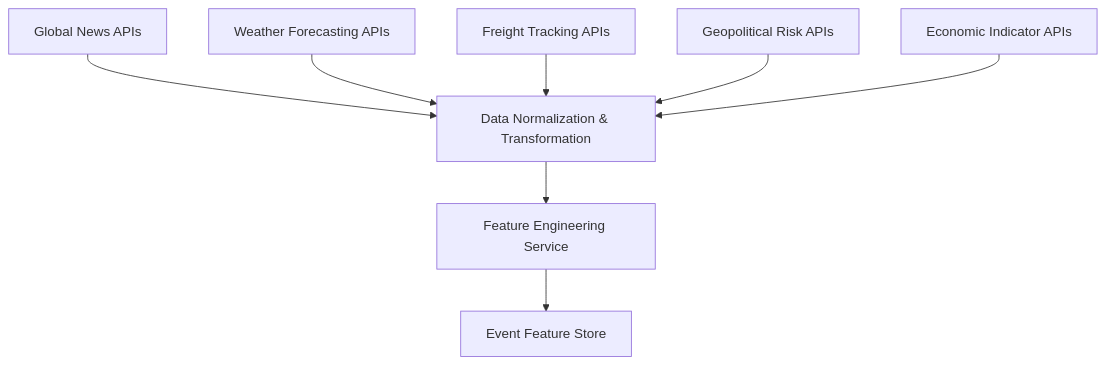
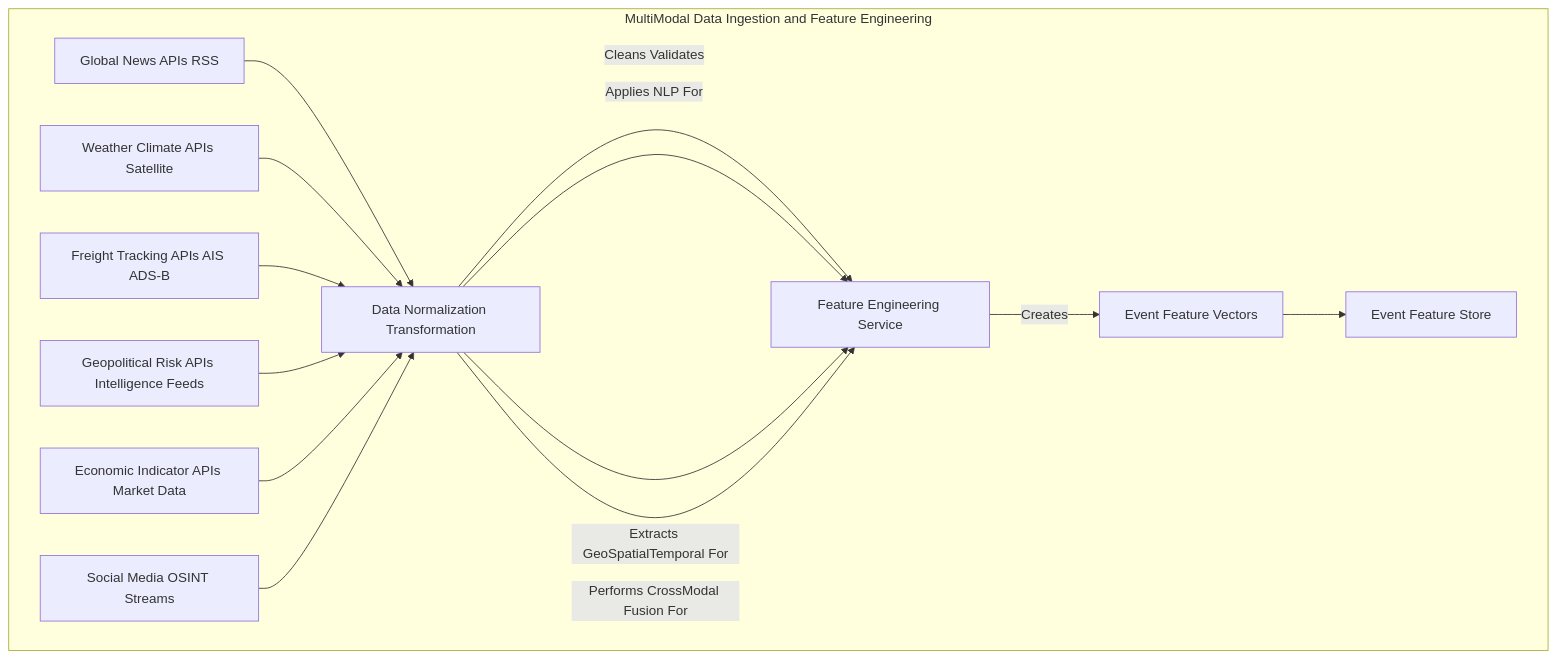
One commit to diplomat-bit/Citibank_Demo_Business_Inc_Demonstration- changed the third of 7 diagrams in inventions/024_predictive_supply_chain_disruption.md. Above: the diagram before and after it, drawn with Mermaid. The commit also changed other lines of this file, not shown here.

````diff
--- a/inventions/024_predictive_supply_chain_disruption.md
+++ b/inventions/024_predictive_supply_chain_disruption.md
@@ -114,10 +133,19 @@
 ```mermaid
 graph TD
-    A[Global News APIs] --> F[Data Normalization & Transformation]
-    B[Weather Forecasting APIs] --> F
-    C[Freight Tracking APIs] --> F
-    D[Geopolitical Risk APIs] --> F
-    E[Economic Indicator APIs] --> F
-    F --> G[Feature Engineering Service]
-    G --> H[Event Feature Store]
+    subgraph MultiModal Data Ingestion and Feature Engineering
+        A[Global News APIs RSS] --> DNT[Data Normalization Transformation]
+        B[Weather Climate APIs Satellite] --> DNT
+        C[Freight Tracking APIs AIS ADS-B] --> DNT
+        D[Geopolitical Risk APIs Intelligence Feeds] --> DNT
+        E[Economic Indicator APIs Market Data] --> DNT
+        S[Social Media OSINT Streams] --> DNT
+
+        DNT -- Cleans Validates --> FE[Feature Engineering Service]
+        DNT -- Applies NLP For --> FE
+        DNT -- Extracts GeoSpatialTemporal For --> FE
+        DNT -- Performs CrossModal Fusion For --> FE
+
+        FE -- Creates --> EFV[Event Feature Vectors]
+        EFV --> EFS[Event Feature Store]
+    end
 ```
````
